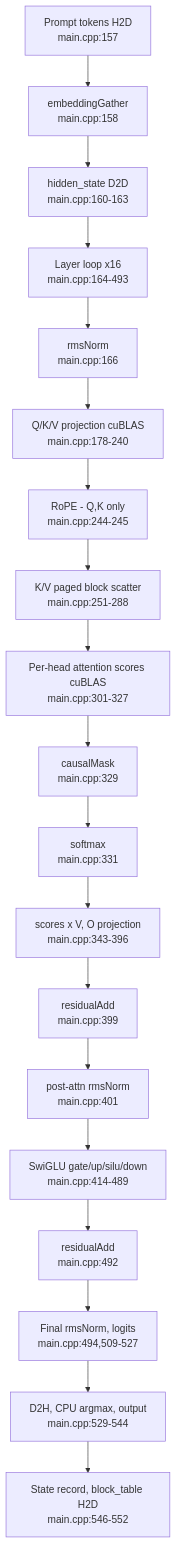
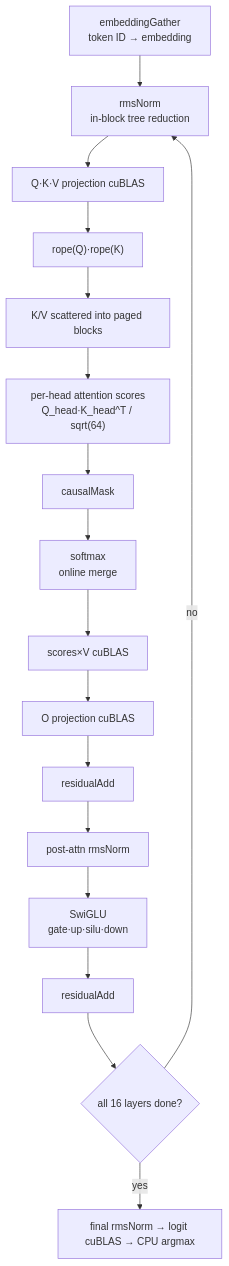
One commit to ryujaehun/ryujaehun.github.io changed the first of 2 diagrams in data/code-series/jmaczan--tiny-vllm/articles/en-03.md. Above: the diagram before and after it, drawn with Mermaid. The commit also changed other lines of this file and 27 other files, not shown here.

````diff
--- a/data/code-series/jmaczan--tiny-vllm/articles/en-03.md
+++ b/data/code-series/jmaczan--tiny-vllm/articles/en-03.md
@@ -52,21 +31,19 @@
 ```mermaid
 flowchart TD
-    A["Prompt tokens H2D<br/>main.cpp:157"] --> B["embeddingGather<br/>main.cpp:158"]
-    B --> C["hidden_state D2D<br/>main.cpp:160-163"]
-    C --> D["Layer loop x16<br/>main.cpp:164-493"]
-    D --> E["rmsNorm<br/>main.cpp:166"]
-    E --> F["Q/K/V projection cuBLAS<br/>main.cpp:178-240"]
-    F --> G["RoPE - Q,K only<br/>main.cpp:244-245"]
-    G --> H["K/V paged block scatter<br/>main.cpp:251-288"]
-    H --> I["Per-head attention scores cuBLAS<br/>main.cpp:301-327"]
-    I --> J["causalMask<br/>main.cpp:329"]
-    J --> K["softmax<br/>main.cpp:331"]
-    K --> L["scores x V, O projection<br/>main.cpp:343-396"]
-    L --> M["residualAdd<br/>main.cpp:399"]
-    M --> N["post-attn rmsNorm<br/>main.cpp:401"]
-    N --> O["SwiGLU gate/up/silu/down<br/>main.cpp:414-489"]
-    O --> P["residualAdd<br/>main.cpp:492"]
-    P --> Q["Final rmsNorm, logits<br/>main.cpp:494,509-527"]
-    Q --> R["D2H, CPU argmax, output<br/>main.cpp:529-544"]
-    R --> S["State record, block_table H2D<br/>main.cpp:546-552"]
+    A["embeddingGather<br/>token ID → embedding"] --> B["rmsNorm<br/>in-block tree reduction"]
+    B --> C["Q·K·V projection cuBLAS"]
+    C --> D["rope(Q)·rope(K)"]
+    D --> E["K/V scattered into paged blocks"]
+    E --> F["per-head attention scores<br/>Q_head·K_head^T / sqrt(64)"]
+    F --> G["causalMask"]
+    G --> H["softmax<br/>online merge"]
+    H --> I["scores×V cuBLAS"]
+    I --> J["O projection cuBLAS"]
+    J --> K["residualAdd"]
+    K --> L["post-attn rmsNorm"]
+    L --> M["SwiGLU<br/>gate·up·silu·down"]
+    M --> N["residualAdd"]
+    N --> O{"all 16 layers done?"}
+    O -->|no| B
+    O -->|yes| P["final rmsNorm → logit cuBLAS → CPU argmax"]
 ```
````
